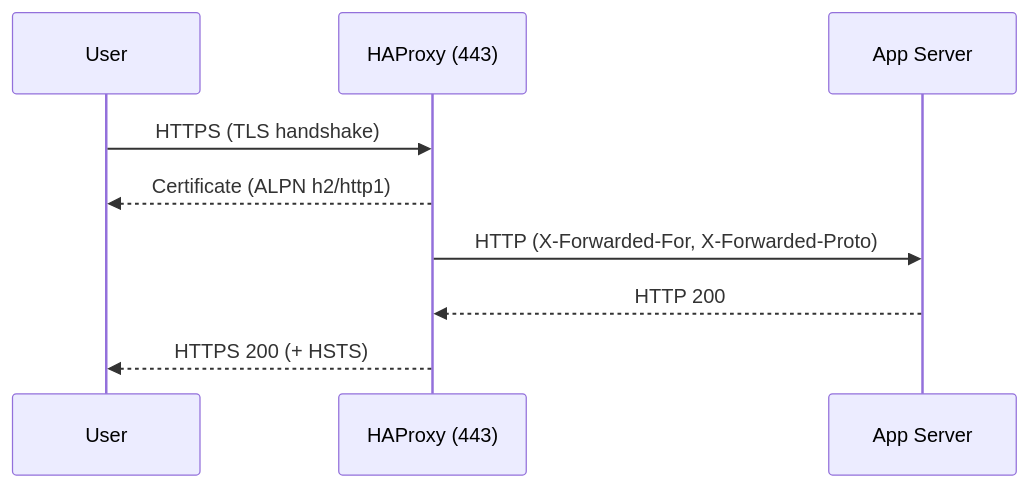
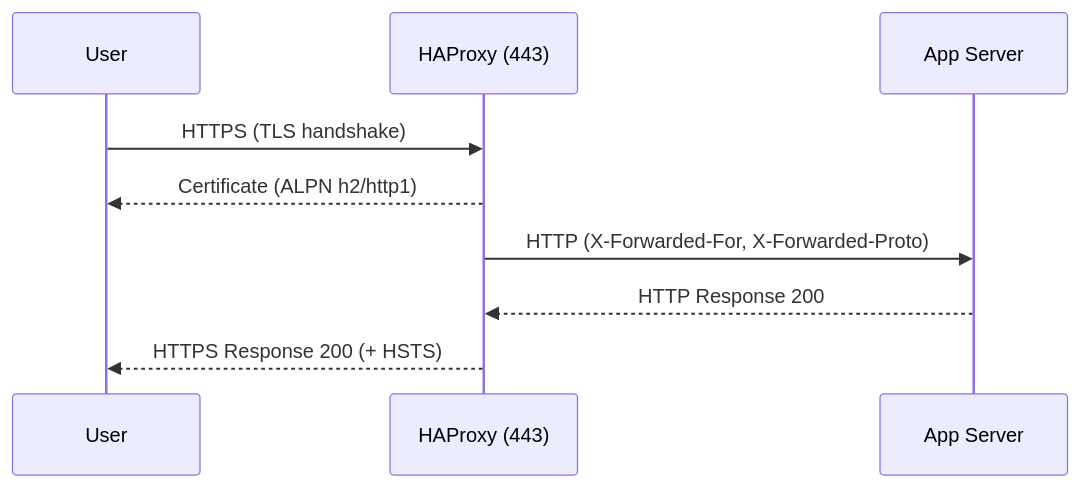
One commit to rasty94/Frikiteam-docs changed the second of 2 diagrams in docs/en/doc/haproxy/haproxy_base.md. Above: the diagram before and after it, drawn with Mermaid. The commit also changed other lines of this file and 5 other files, not shown here.

````diff
--- a/docs/en/doc/haproxy/haproxy_base.md
+++ b/docs/en/doc/haproxy/haproxy_base.md
@@ -223,11 +279,11 @@
 ```mermaid
 sequenceDiagram
   participant U as User
   participant H as HAProxy (443)
   participant S as App Server
   U->>H: HTTPS (TLS handshake)
   H-->>U: Certificate (ALPN h2/http1)
   H->>S: HTTP (X-Forwarded-For, X-Forwarded-Proto)
-  S-->>H: HTTP 200
-  H-->>U: HTTPS 200 (+ HSTS)
+  S-->>H: HTTP Response 200
+  H-->>U: HTTPS Response 200 (+ HSTS)
 ```
````
